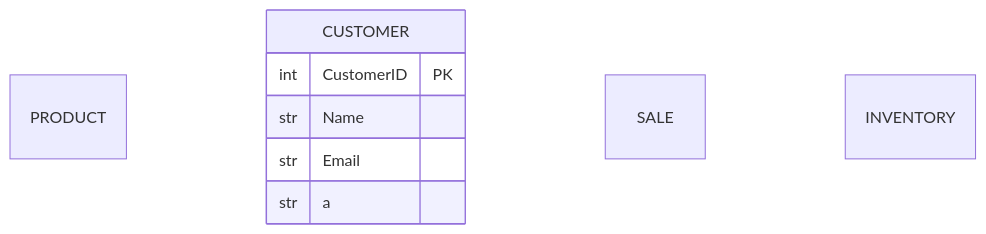
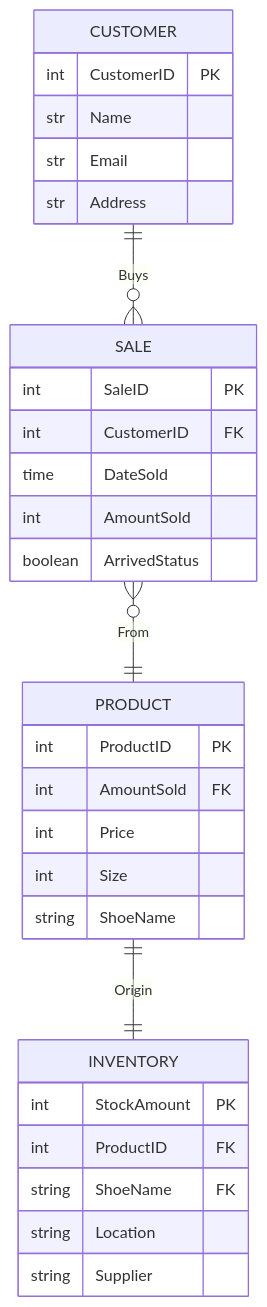
The diagram in NikeStore_ERD.md (KPRMODI/KPRMODI.github.io), drawn with Mermaid before and after one commit. The commit also changed other lines of this file, not shown here.

Commit message:
Added NikeStore.md file and chart to repo

````diff
--- a/NikeStore_ERD.md
+++ b/NikeStore_ERD.md
@@ -1,23 +1,37 @@
 ```mermaid
 erDiagram
 
-PRODUCT {
-}
-
-
+CUSTOMER ||--o{ SALE : Buys
 CUSTOMER {
     int CustomerID PK
     str Name
     str Email
-    str a
+    str Address
 }
 
+SALE }o--|| PRODUCT : From
 SALE {
+    int SaleID PK
+    int CustomerID FK
+    time DateSold 
+    int AmountSold 
+    boolean ArrivedStatus
 }
 
+PRODUCT {
+    int ProductID PK
+    int AmountSold FK
+    int Price
+    int Size
+    string ShoeName
+}
 
-
-
+PRODUCT ||--|| INVENTORY : Origin 
 INVENTORY {
+    int StockAmount PK
+    int ProductID FK
+    string ShoeName FK
+    string Location
+    string Supplier
 }
 ```
````
